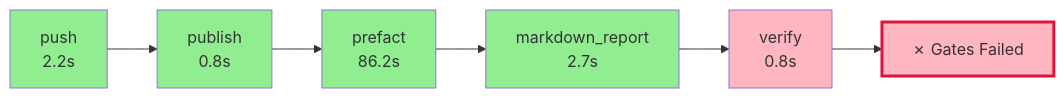
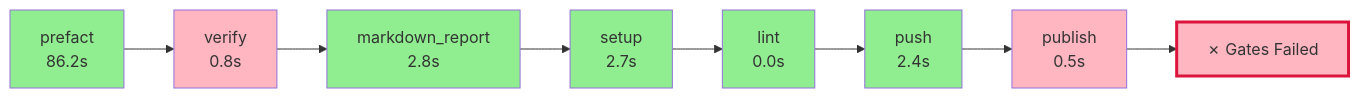
Before and after one commit to wronai/fixos: the diagram in .pyqual/report.md, drawn with Mermaid. The commit also changed other lines of this file and 3 other files, not shown here.

````diff
--- a/.pyqual/report.md
+++ b/.pyqual/report.md
@@ -10,20 +10,26 @@
 ```mermaid
 flowchart LR
-    S0["push<br/>2.2s"]
+    S0["prefact<br/>86.2s"]
     style S0 fill:#90EE90
-    S1["publish<br/>0.8s"]
-    style S1 fill:#90EE90
+    S1["verify<br/>0.8s"]
+    style S1 fill:#FFB6C1
     S0 --> S1
-    S2["prefact<br/>86.2s"]
+    S2["markdown_report<br/>2.8s"]
     style S2 fill:#90EE90
     S1 --> S2
-    S3["markdown_report<br/>2.7s"]
+    S3["setup<br/>2.7s"]
     style S3 fill:#90EE90
     S2 --> S3
-    S4["verify<br/>0.8s"]
-    style S4 fill:#FFB6C1
+    S4["lint<br/>0.0s"]
+    style S4 fill:#90EE90
     S3 --> S4
+    S5["push<br/>2.4s"]
+    style S5 fill:#90EE90
+    S4 --> S5
+    S6["publish<br/>0.5s"]
+    style S6 fill:#FFB6C1
+    S5 --> S6
     G["✗ Gates Failed"]
     style G fill:#FFB6C1,stroke:#DC143C,stroke-width:3px
-    S4 --> G
+    S6 --> G
 ```
````
